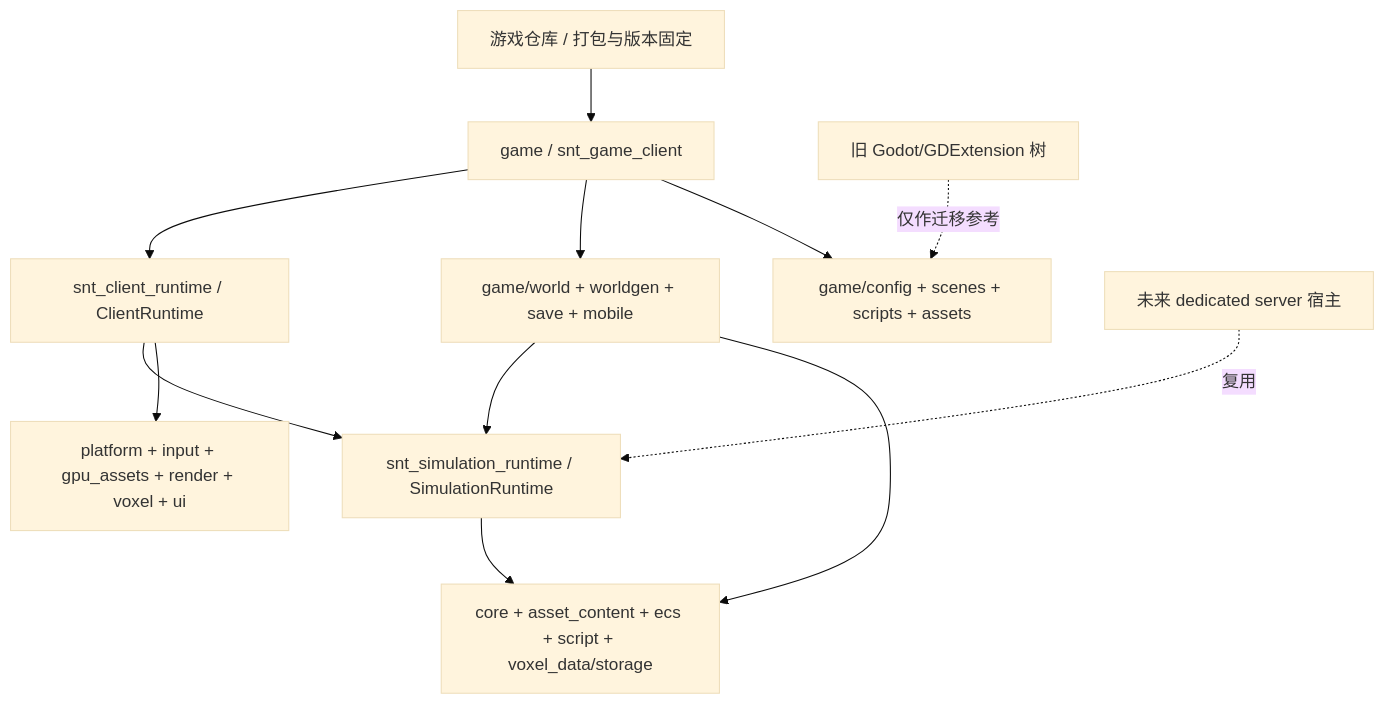
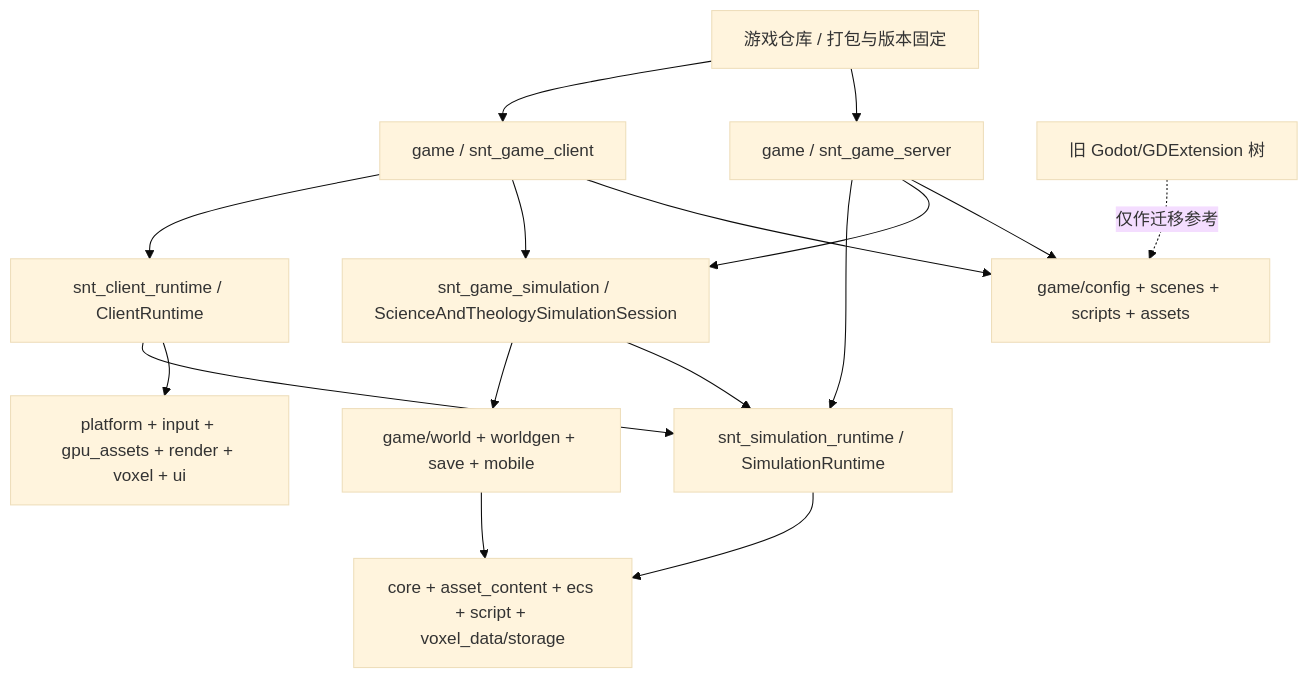
One commit to yuanju-qwq/ScienceAndTheology changed the diagram in docs/项目架构总览.md. Above: the diagram before and after it, drawn with Mermaid (base theme). The commit also changed other lines of this file and 21 other files, not shown here.

````diff
--- a/docs/项目架构总览.md
+++ b/docs/项目架构总览.md
@@ -30,16 +30,20 @@
 ```mermaid
 flowchart TD
-    Package["游戏仓库 / 打包与版本固定"] --> Host["game / snt_game_client"]
-    Host --> Client["snt_client_runtime / ClientRuntime"]
+    Package["游戏仓库 / 打包与版本固定"] --> ClientHost["game / snt_game_client"]
+    Package --> ServerHost["game / snt_game_server"]
+    ClientHost --> Client["snt_client_runtime / ClientRuntime"]
+    ServerHost --> Simulation["snt_simulation_runtime / SimulationRuntime"]
     Client --> Simulation["snt_simulation_runtime / SimulationRuntime"]
-    Host --> GameWorld["game/world + worldgen + save + mobile"]
-    Host --> Content["game/config + scenes + scripts + assets"]
+    ClientHost --> GameSimulation["snt_game_simulation / ScienceAndTheologySimulationSession"]
+    ServerHost --> GameSimulation
+    GameSimulation --> GameWorld["game/world + worldgen + save + mobile"]
+    ClientHost --> Content["game/config + scenes + scripts + assets"]
+    ServerHost --> Content
 
     Client --> Presentation["platform + input + gpu_assets + render + voxel + ui"]
     Simulation --> SimulationCore["core + asset_content + ecs + script + voxel_data/storage"]
-    GameWorld --> Simulation
+    GameSimulation --> Simulation
     GameWorld --> SimulationCore
-    Server["未来 dedicated server 宿主"] -. 复用 .-> Simulation
 
     Legacy["旧 Godot/GDExtension 树"] -. 仅作迁移参考 .-> Content
 ```
````
